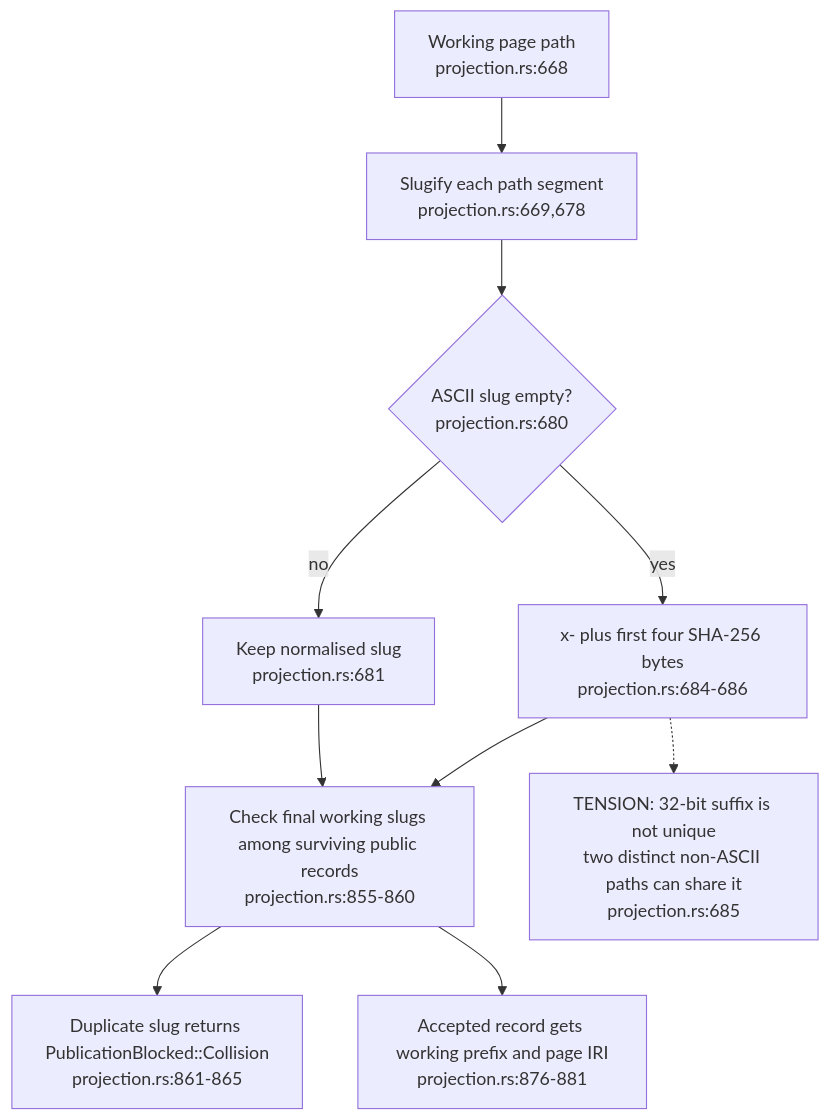
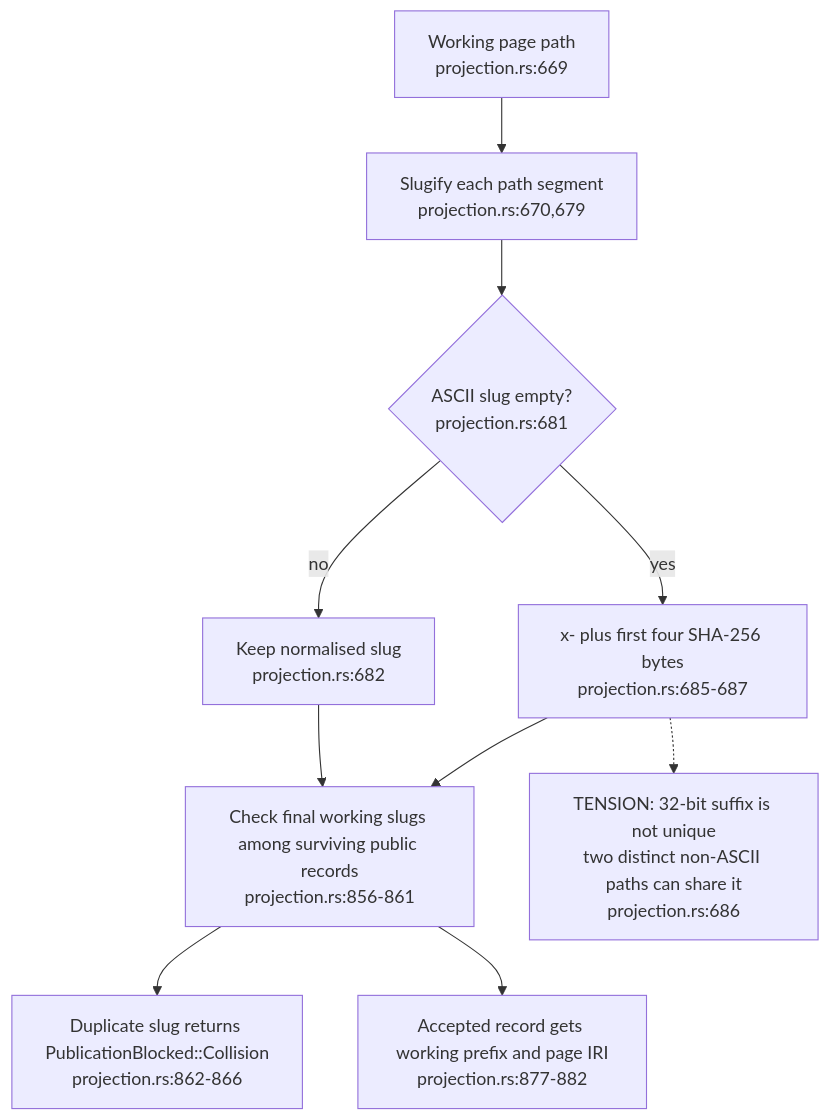
The first of 3 diagrams in docs/diagrams/ontomark/11-machine-bundle-identity-and-disclosure.md (DreamLab-AI/VisionFlow), drawn with Mermaid before and after one commit. The commit also changed other lines of this file and 59 other files, not shown here.

First line of the commit message:
docs(diagrams): re-derive and re-stamp forum, website, pod, ontomark and sealmap topics

````diff
--- a/docs/diagrams/ontomark/11-machine-bundle-identity-and-disclosure.md
+++ b/docs/diagrams/ontomark/11-machine-bundle-identity-and-disclosure.md
@@ -27,12 +27,12 @@
 ```mermaid
 flowchart TD
-    PATH["Working page path<br/>projection.rs:668"] --> SEG["Slugify each path segment<br/>projection.rs:669,678"]
-    SEG --> EMPTY{"ASCII slug empty?<br/>projection.rs:680"}
-    EMPTY -->|no| KEEP["Keep normalised slug<br/>projection.rs:681"]
-    EMPTY -->|yes| HASH["x- plus first four SHA-256 bytes<br/>projection.rs:684-686"]
-    KEEP --> CHECK["Check final working slugs among surviving public records<br/>projection.rs:855-860"]
+    PATH["Working page path<br/>projection.rs:669"] --> SEG["Slugify each path segment<br/>projection.rs:670,679"]
+    SEG --> EMPTY{"ASCII slug empty?<br/>projection.rs:681"}
+    EMPTY -->|no| KEEP["Keep normalised slug<br/>projection.rs:682"]
+    EMPTY -->|yes| HASH["x- plus first four SHA-256 bytes<br/>projection.rs:685-687"]
+    KEEP --> CHECK["Check final working slugs among surviving public records<br/>projection.rs:856-861"]
     HASH --> CHECK
-    CHECK --> BAD["Duplicate slug returns PublicationBlocked::Collision<br/>projection.rs:861-865"]
-    CHECK --> OK["Accepted record gets working prefix and page IRI<br/>projection.rs:876-881"]
-    HASH -.-> LIMIT["TENSION: 32-bit suffix is not unique<br/>two distinct non-ASCII paths can share it<br/>projection.rs:685"]
+    CHECK --> BAD["Duplicate slug returns PublicationBlocked::Collision<br/>projection.rs:862-866"]
+    CHECK --> OK["Accepted record gets working prefix and page IRI<br/>projection.rs:877-882"]
+    HASH -.-> LIMIT["TENSION: 32-bit suffix is not unique<br/>two distinct non-ASCII paths can share it<br/>projection.rs:686"]
 ```
````
